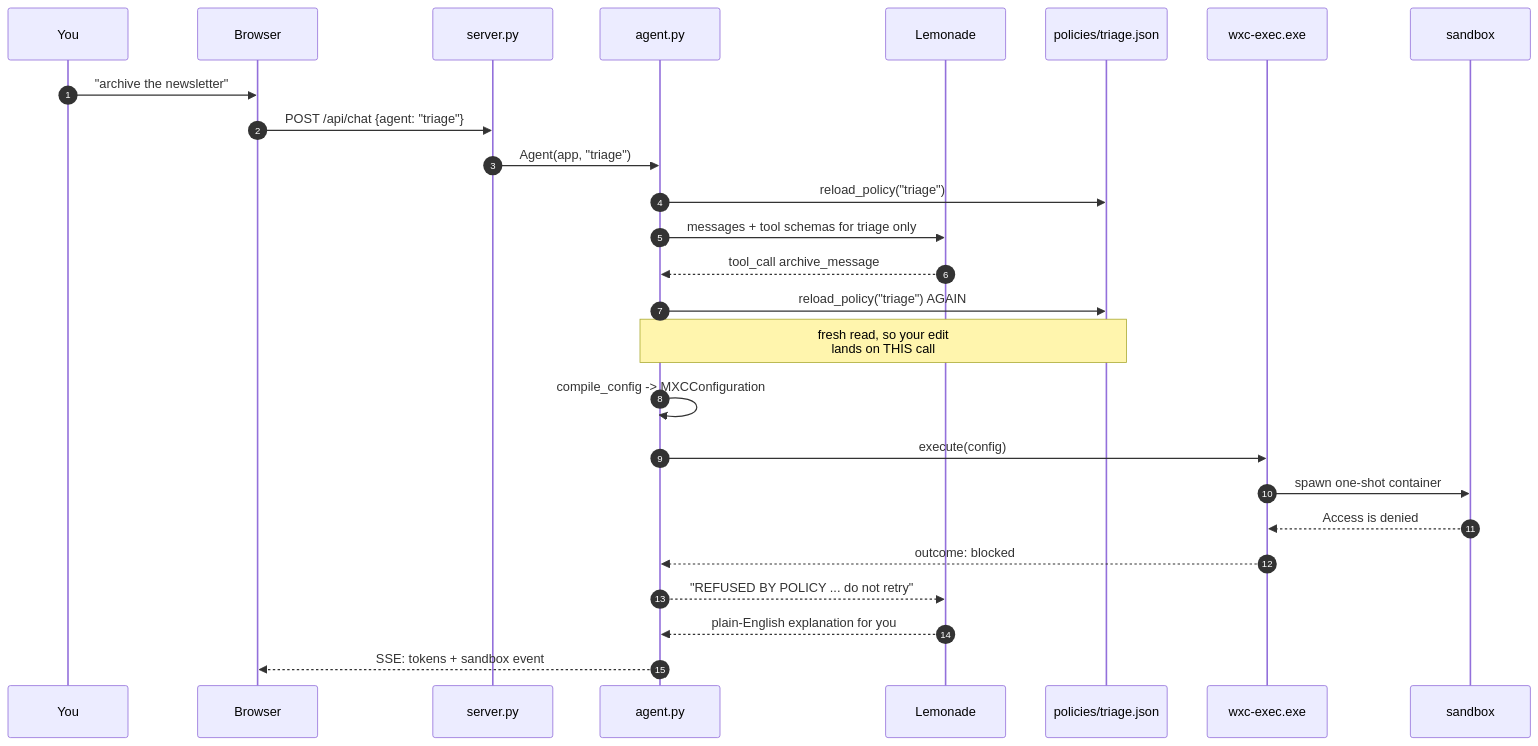
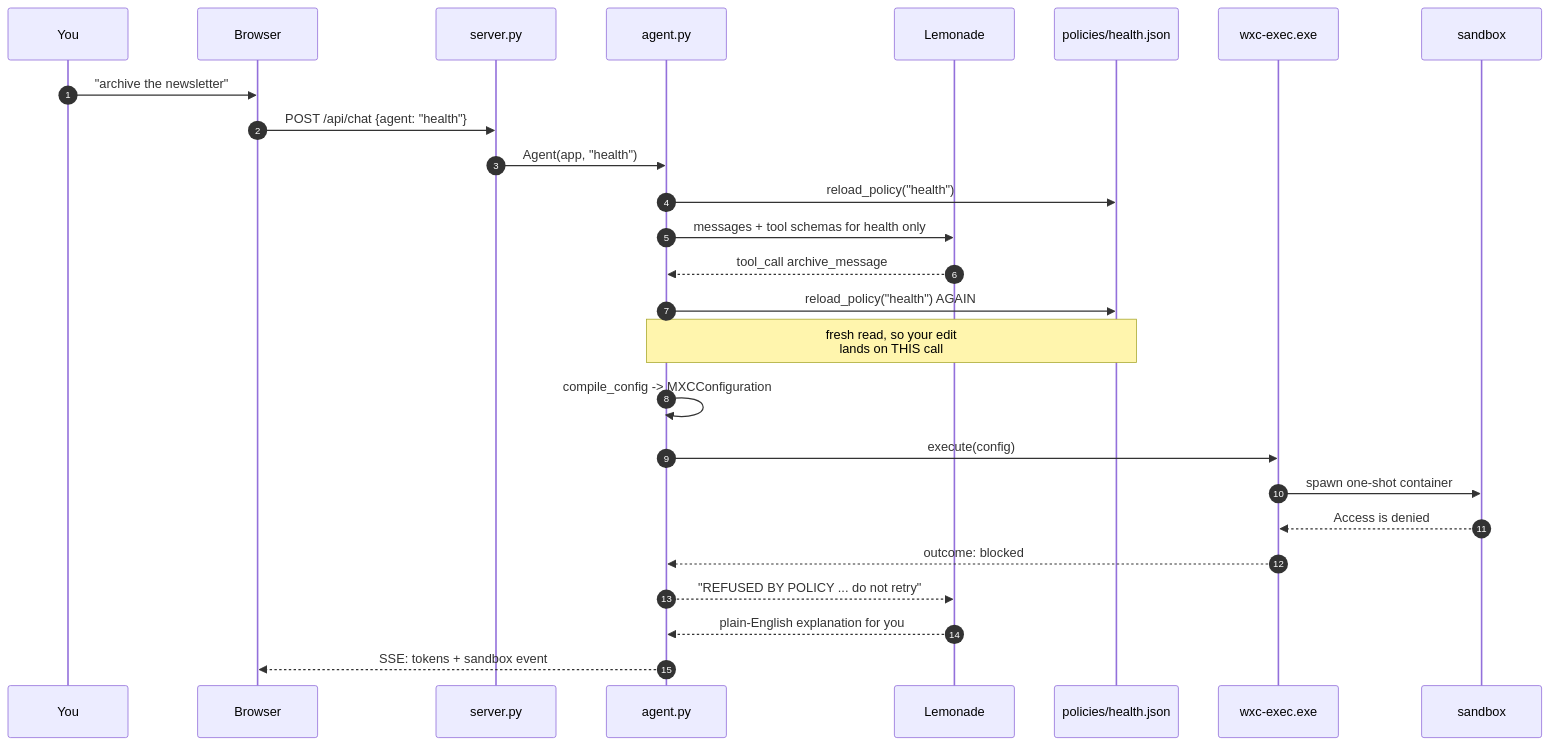
The second of 9 diagrams in ARCHITECTURE.md (iswaryaalex/CastleKeep), drawn with Mermaid before and after one commit. The commit also changed other lines of this file and 25 other files, not shown here.

````diff
--- a/ARCHITECTURE.md
+++ b/ARCHITECTURE.md
@@ -63,29 +63,29 @@
 ```mermaid
 sequenceDiagram
     autonumber
     participant U as You
     participant UI as Browser
     participant S as server.py
     participant A as agent.py
     participant L as Lemonade
-    participant P as policies/triage.json
+    participant P as policies/health.json
     participant X as wxc-exec.exe
     participant C as sandbox
 
     U->>UI: "archive the newsletter"
-    UI->>S: POST /api/chat {agent: "triage"}
-    S->>A: Agent(app, "triage")
-    A->>P: reload_policy("triage")
-    A->>L: messages + tool schemas for triage only
+    UI->>S: POST /api/chat {agent: "health"}
+    S->>A: Agent(app, "health")
+    A->>P: reload_policy("health")
+    A->>L: messages + tool schemas for health only
     L-->>A: tool_call archive_message
-    A->>P: reload_policy("triage") AGAIN
+    A->>P: reload_policy("health") AGAIN
     Note over A,P: fresh read, so your edit<br/>lands on THIS call
     A->>A: compile_config -> MXCConfiguration
     A->>X: execute(config)
     X->>C: spawn one-shot container
     C-->>X: Access is denied
     X-->>A: outcome: blocked
     A-->>L: "REFUSED BY POLICY ... do not retry"
     L-->>A: plain-English explanation for you
     A-->>UI: SSE: tokens + sandbox event
 ```
````
